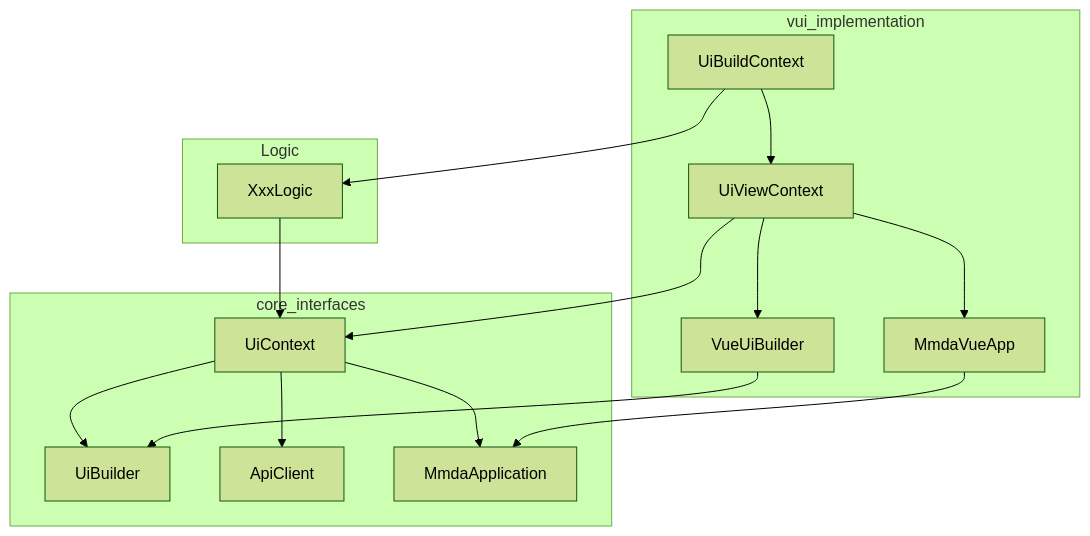
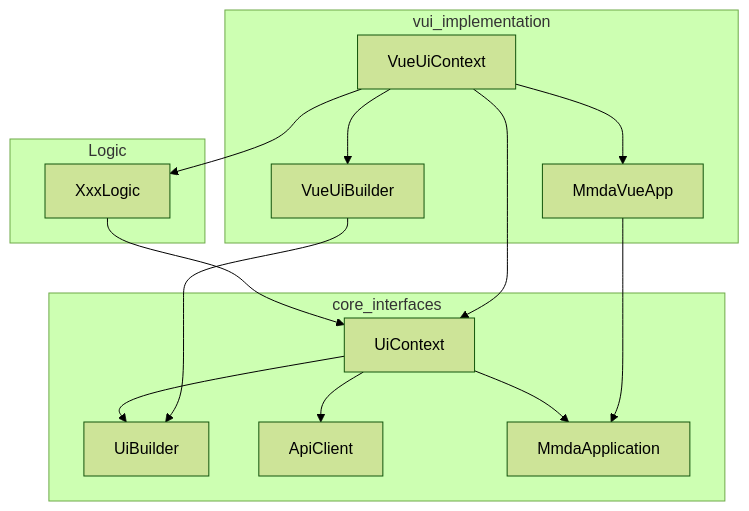
Before and after one commit to Roy7611/mmda-vue: the second of 2 diagrams in ARCHITECTURE.md, drawn with Mermaid (forest theme). The commit also changed other lines of this file and 132 other files, not shown here.

First line of the commit message:
vui 重构，目录规划、VueUiContext & mixins (UiViewContext+UiBuildContext)

````diff
--- a/ARCHITECTURE.md
+++ b/ARCHITECTURE.md
@@ -124,29 +124,27 @@
 ```mermaid
 flowchart TB
   subgraph logicLayer [Logic]
     BizLogic[XxxLogic]
   end
   subgraph coreIf [core_interfaces]
     UiCtx[UiContext]
     UiBld[UiBuilder]
     Api[ApiClient]
     MmdaApp[MmdaApplication]
   end
   subgraph vuiImpl [vui_implementation]
-    ViewCtx[UiViewContext]
-    BuildCtx[UiBuildContext]
+    VueCtx[VueUiContext]
     VueBld[VueUiBuilder]
     VueApp[MmdaVueApp]
   end
   BizLogic --> UiCtx
   UiCtx --> UiBld
   UiCtx --> Api
   UiCtx --> MmdaApp
-  ViewCtx --> UiCtx
-  BuildCtx --> ViewCtx
+  VueCtx --> UiCtx
   VueBld --> UiBld
   VueApp --> MmdaApp
-  ViewCtx --> VueApp
-  ViewCtx --> VueBld
-  BuildCtx --> BizLogic
+  VueCtx --> VueApp
+  VueCtx --> VueBld
+  VueCtx --> BizLogic
 ```
````
